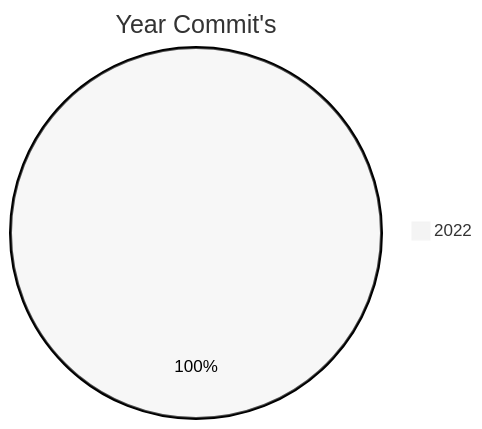
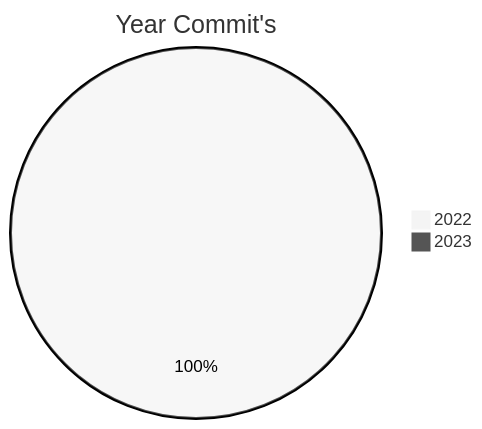
The first of 2 diagrams in README.md (BackdevHong/YOC), drawn with Mermaid (neutral theme) before and after one commit. The commit also changed other lines of this file, not shown here.

````diff
--- a/README.md
+++ b/README.md
@@ -7,4 +8,5 @@
 ```mermaid
 pie title Year Commit's
     "2022" : 767
+    "2023" : 0
 ```
````
